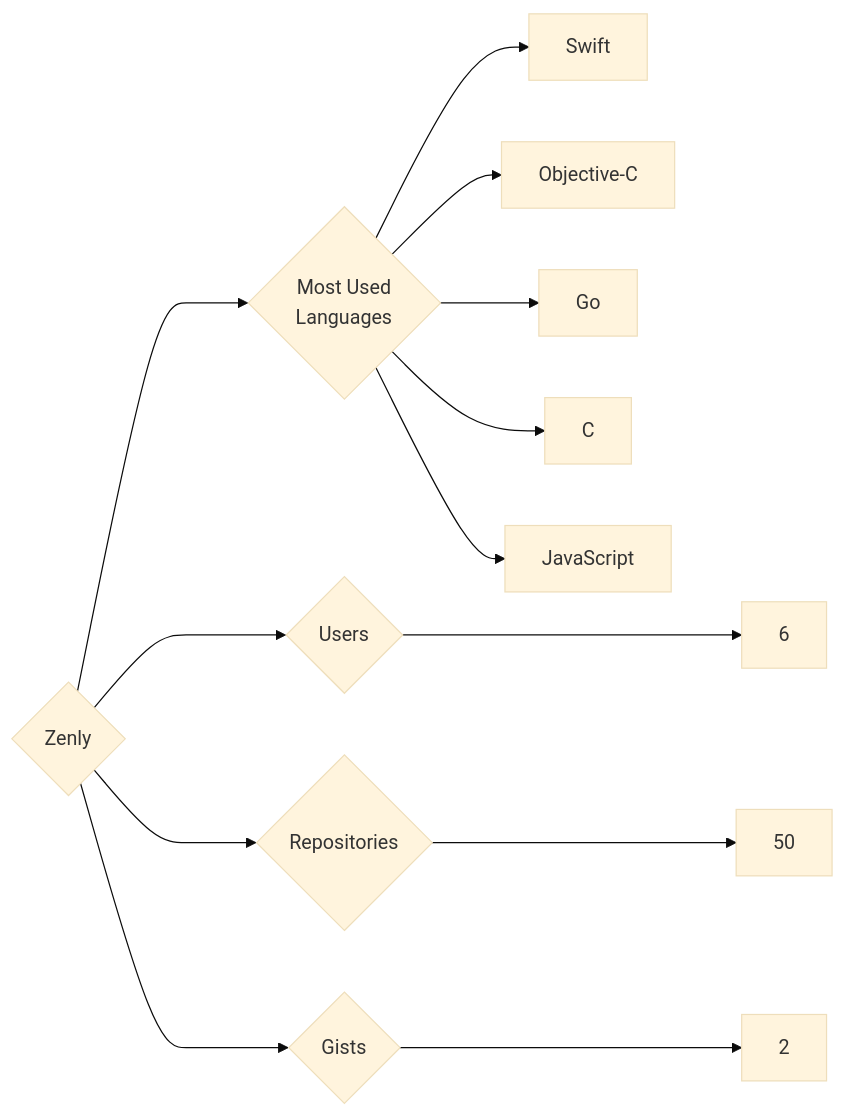
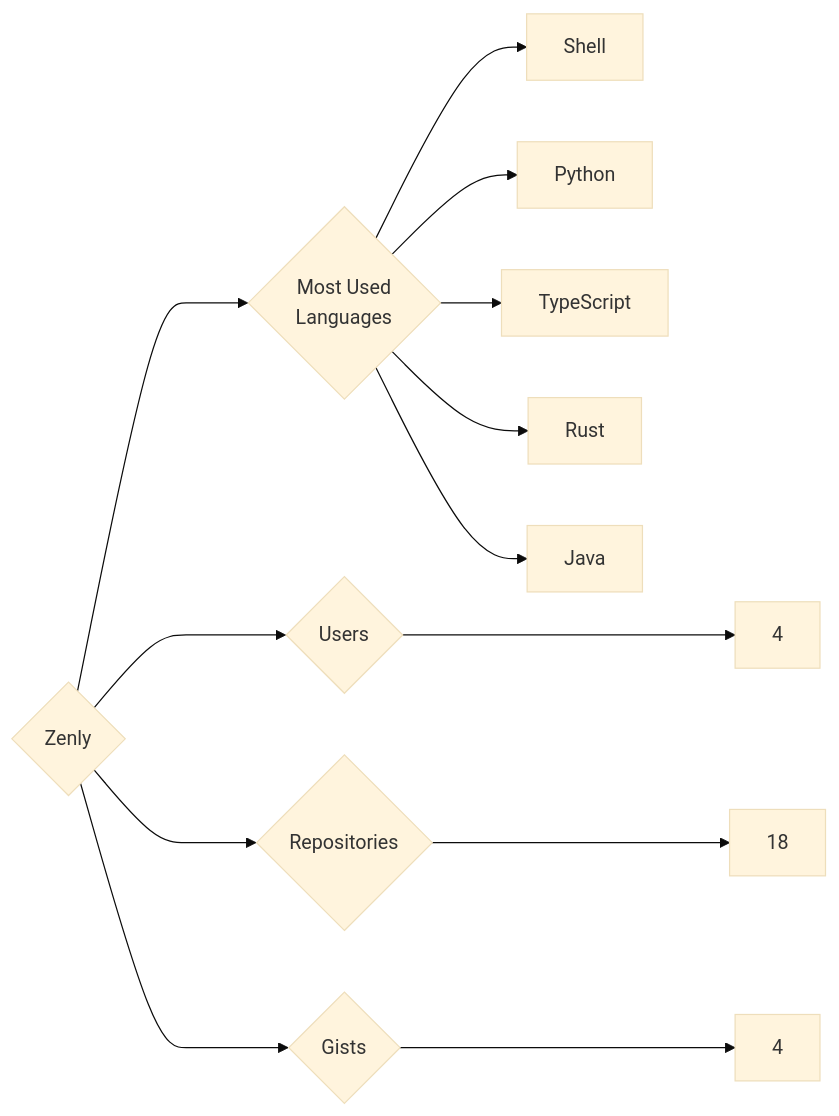
Before and after one commit to trickest/insiders: the diagram in targets/Zenly/README.md, drawn with Mermaid (base theme). The commit also changed 973 other files, not shown here.

````diff
--- a/targets/Zenly/README.md
+++ b/targets/Zenly/README.md
@@ -3,13 +3,13 @@
 ```mermaid
 graph LR
 COMPANY_NAME{Zenly}
-COMPANY_NAME ---> U{Users} ---> UN[6]
-COMPANY_NAME ---> R{Repositories} ---> RN[50]
-COMPANY_NAME ---> G{Gists} ---> GN[2]
+COMPANY_NAME ---> U{Users} ---> UN[4]
+COMPANY_NAME ---> R{Repositories} ---> RN[18]
+COMPANY_NAME ---> G{Gists} ---> GN[4]
 COMPANY_NAME ---> ML{Most Used<br>Languages}
-ML --> Swift[Swift]
-ML --> Objective-C[Objective-C]
-ML --> Go[Go]
-ML --> C[C]
-ML --> JavaScript[JavaScript]
+ML --> Shell[Shell]
+ML --> Python[Python]
+ML --> TypeScript[TypeScript]
+ML --> Rust[Rust]
+ML --> Java[Java]
 ```
````
